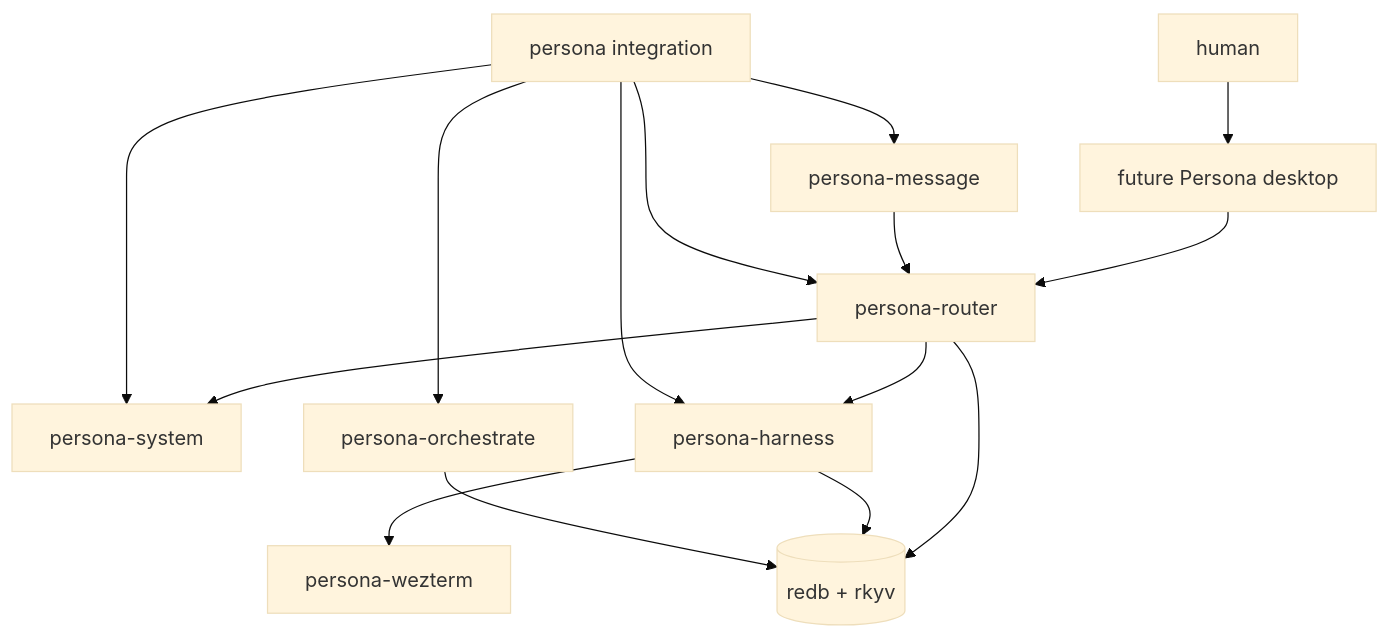
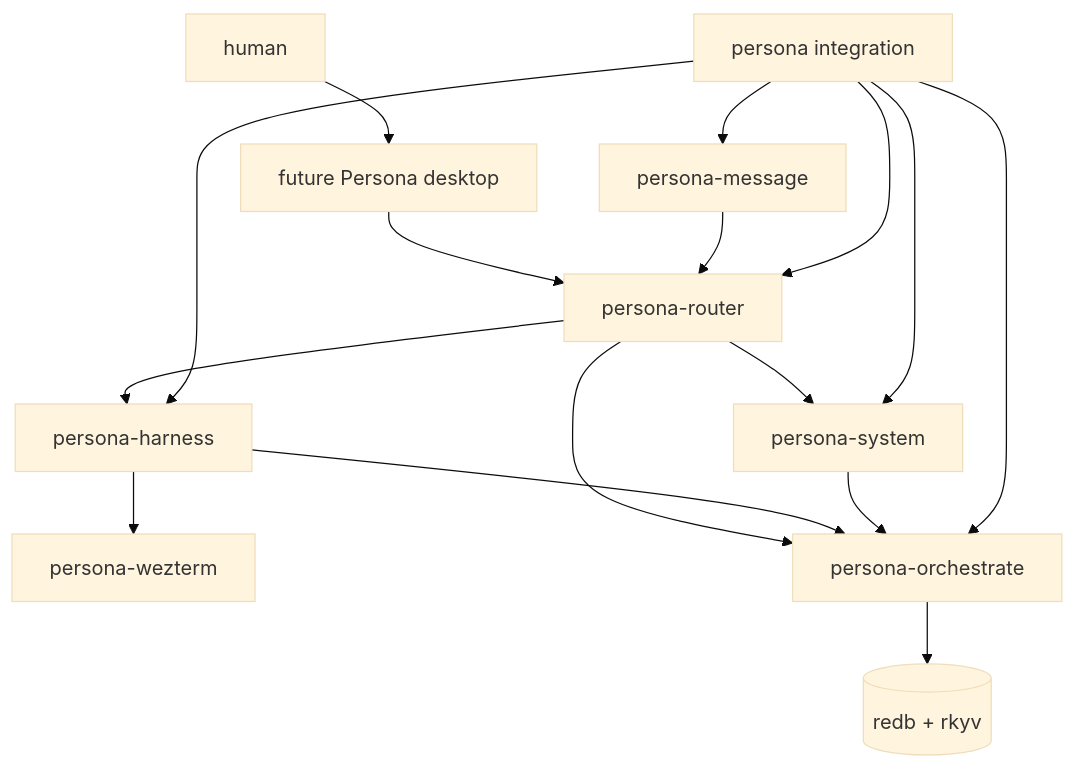
The first of 16 diagrams in reports/operator/9-persona-message-router-architecture.md (LiGoldragon/primary), drawn with Mermaid (base theme) before and after one commit. The commit also changed other lines of this file, not shown here.

Commit message:
revise Persona database ownership architecture

````diff
--- a/reports/operator/9-persona-message-router-architecture.md
+++ b/reports/operator/9-persona-message-router-architecture.md
@@ -35,28 +35,29 @@
 ```mermaid
 flowchart TB
-    human[human]
-    desktop[future Persona desktop]
-    message[persona-message]
-    router[persona-router]
-    system[persona-system]
-    harness[persona-harness]
-    wezterm[persona-wezterm]
-    orchestrate[persona-orchestrate]
-    persona[persona integration]
-    store[(redb + rkyv)]
+    human["human"]
+    desktop["future Persona desktop"]
+    message["persona-message"]
+    router["persona-router"]
+    system["persona-system"]
+    harness["persona-harness"]
+    wezterm["persona-wezterm"]
+    orchestrate["persona-orchestrate"]
+    persona["persona integration"]
+    store[("redb + rkyv")]
 
     human --> desktop
     desktop --> router
     message --> router
     router --> system
     router --> harness
     harness --> wezterm
-    router --> store
-    harness --> store
     orchestrate --> store
+    router --> orchestrate
+    harness --> orchestrate
+    system --> orchestrate
     persona --> message
     persona --> router
     persona --> system
     persona --> harness
     persona --> orchestrate
 ```
````
